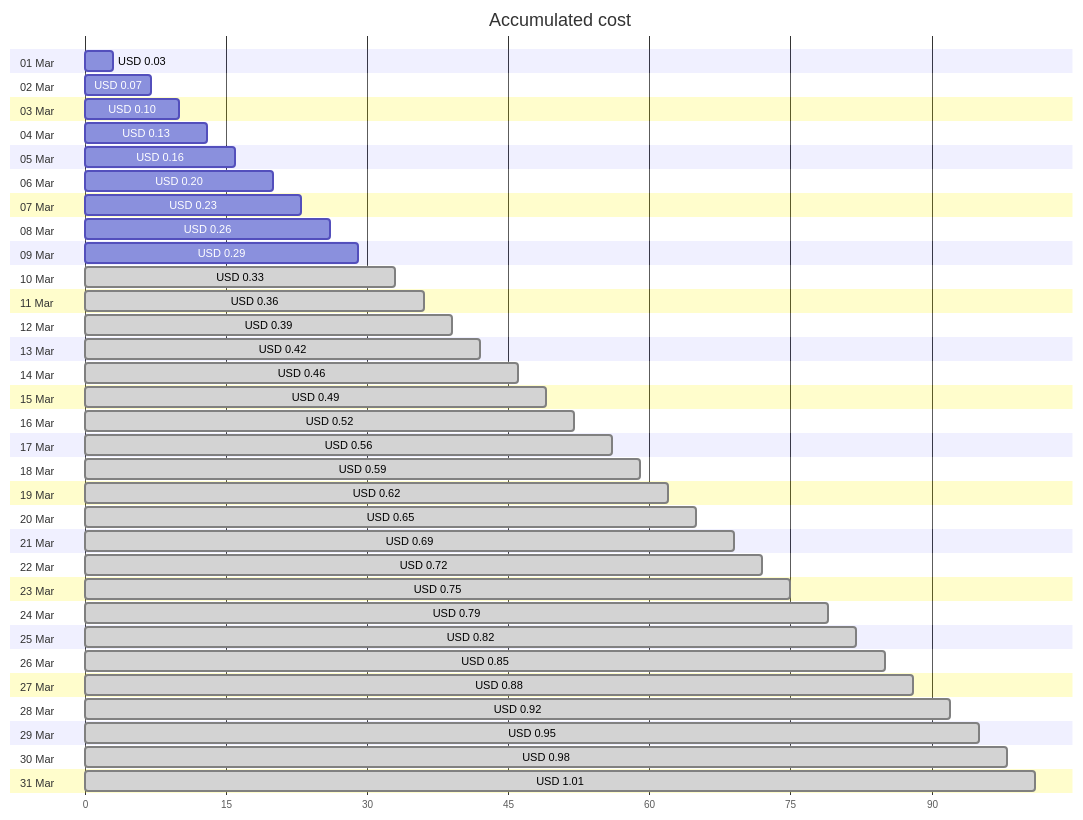
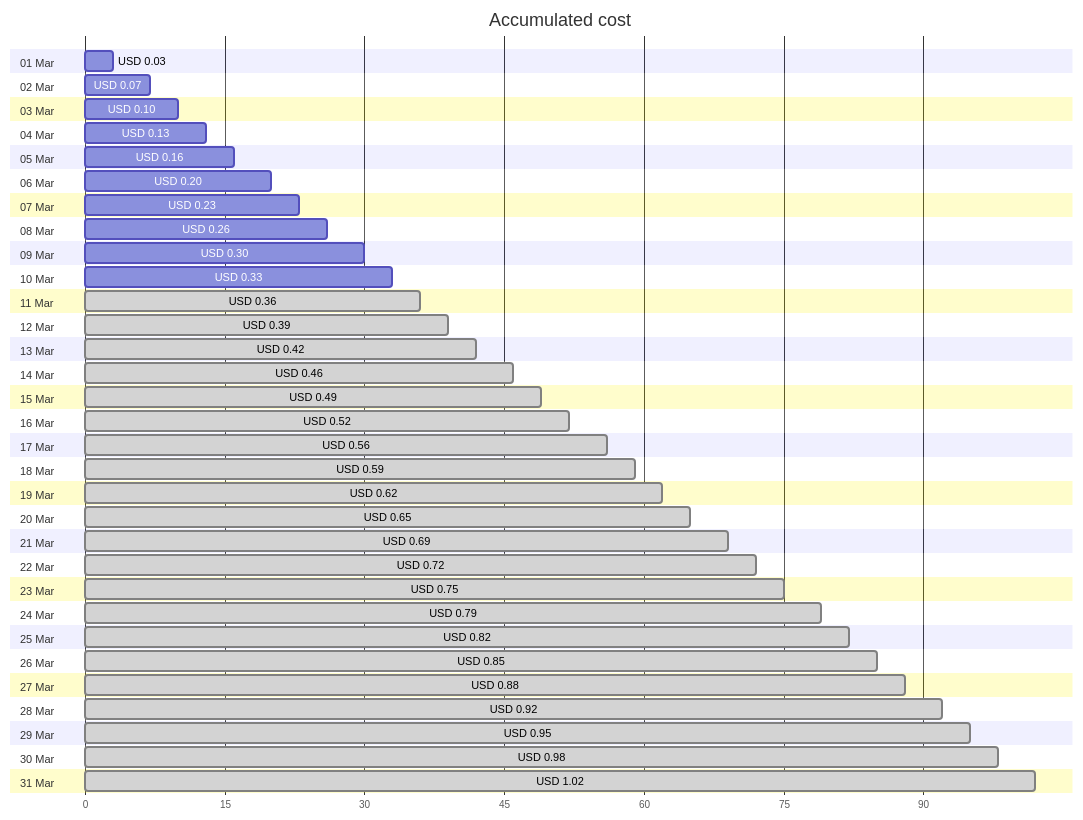
Before and after one commit to jpfulton/azure-personal-reports: the first of 4 diagrams in cost-reports/personal-dns/README.md, drawn with Mermaid. The commit also changed other lines of this file and 2 other files, not shown here.

````diff
--- a/cost-reports/personal-dns/README.md
+++ b/cost-reports/personal-dns/README.md
@@ -20,68 +20,68 @@
 ```mermaid
 gantt
    title Accumulated cost
    dateFormat  X
    axisFormat %s
    section 01 Mar
    USD 0.03 :0, 3
    section 02 Mar
    USD 0.07 :0, 7
    section 03 Mar
    USD 0.10 :0, 10
    section 04 Mar
    USD 0.13 :0, 13
    section 05 Mar
    USD 0.16 :0, 16
    section 06 Mar
    USD 0.20 :0, 20
    section 07 Mar
    USD 0.23 :0, 23
    section 08 Mar
    USD 0.26 :0, 26
    section 09 Mar
-   USD 0.29 :0, 29
+   USD 0.30 :0, 30
    section 10 Mar
-   USD 0.33 : done, 0, 33
+   USD 0.33 :0, 33
    section 11 Mar
    USD 0.36 : done, 0, 36
    section 12 Mar
    USD 0.39 : done, 0, 39
    section 13 Mar
    USD 0.42 : done, 0, 42
    section 14 Mar
    USD 0.46 : done, 0, 46
    section 15 Mar
    USD 0.49 : done, 0, 49
    section 16 Mar
    USD 0.52 : done, 0, 52
    section 17 Mar
    USD 0.56 : done, 0, 56
    section 18 Mar
    USD 0.59 : done, 0, 59
    section 19 Mar
    USD 0.62 : done, 0, 62
    section 20 Mar
    USD 0.65 : done, 0, 65
    section 21 Mar
    USD 0.69 : done, 0, 69
    section 22 Mar
    USD 0.72 : done, 0, 72
    section 23 Mar
    USD 0.75 : done, 0, 75
    section 24 Mar
    USD 0.79 : done, 0, 79
    section 25 Mar
    USD 0.82 : done, 0, 82
    section 26 Mar
    USD 0.85 : done, 0, 85
    section 27 Mar
    USD 0.88 : done, 0, 88
    section 28 Mar
    USD 0.92 : done, 0, 92
    section 29 Mar
    USD 0.95 : done, 0, 95
    section 30 Mar
    USD 0.98 : done, 0, 98
    section 31 Mar
-   USD 1.01 : done, 0, 101
+   USD 1.02 : done, 0, 102
 ```
````
